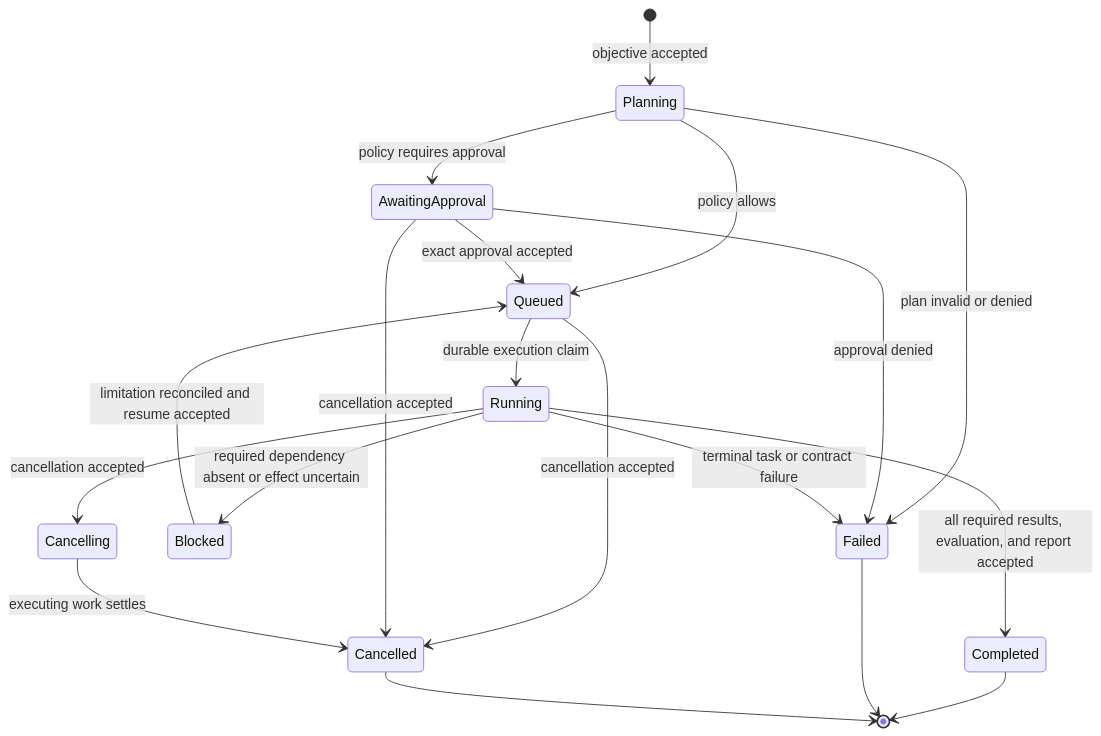
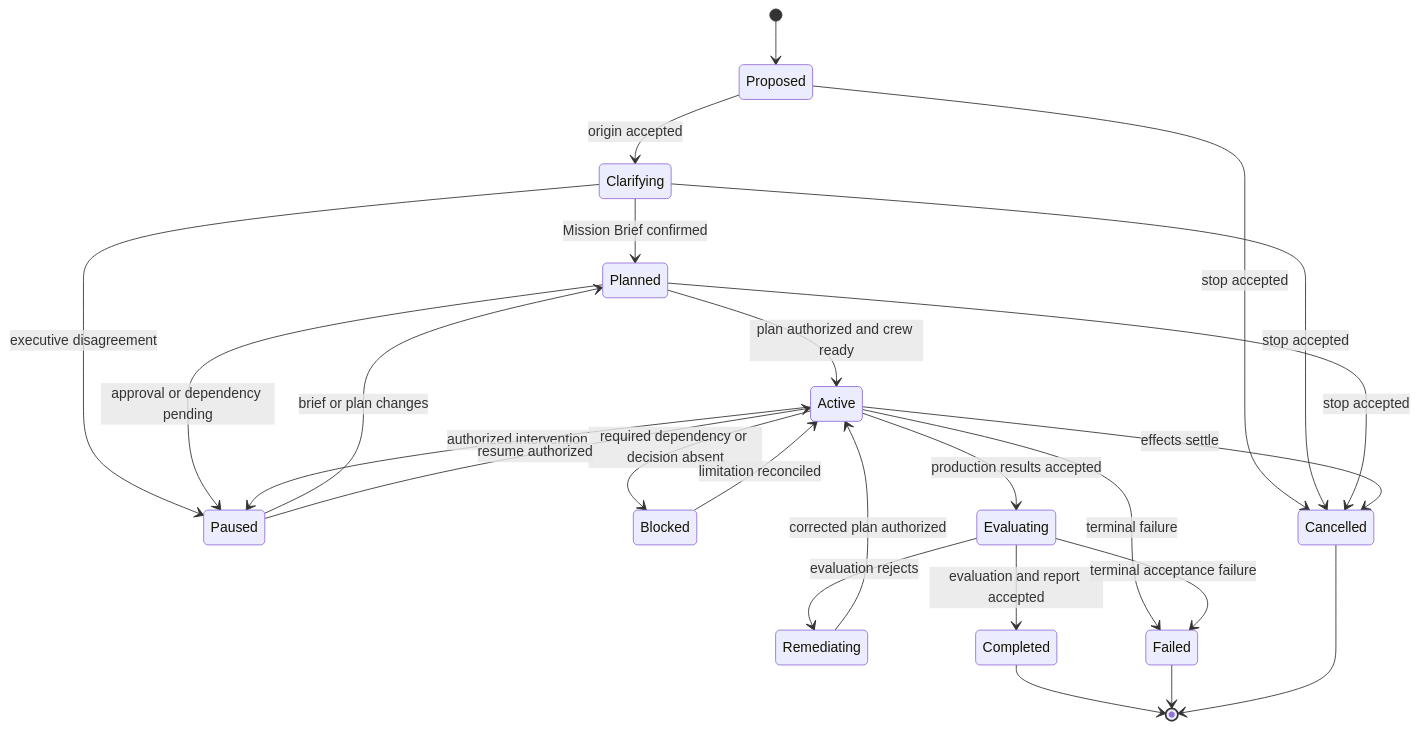
Before and after one commit to Y4NN777/mishkan: the second of 12 diagrams in docs/SYSTEM/MODEL.md, drawn with Mermaid. The commit also changed other lines of this file and 1 other file, not shown here.

Commit message:
docs(model): derive mission capability and harness behavior

````diff
--- a/docs/SYSTEM/MODEL.md
+++ b/docs/SYSTEM/MODEL.md
@@ -84,21 +59,27 @@
 ```mermaid
 stateDiagram-v2
-    [*] --> Planning: objective accepted
-    Planning --> AwaitingApproval: policy requires approval
-    Planning --> Queued: policy allows
-    Planning --> Failed: plan invalid or denied
-    AwaitingApproval --> Queued: exact approval accepted
-    AwaitingApproval --> Failed: approval denied
-    Queued --> Running: durable execution claim
-    Running --> Blocked: required dependency absent or effect uncertain
-    Blocked --> Queued: limitation reconciled and resume accepted
-    Running --> Cancelling: cancellation accepted
-    Queued --> Cancelled: cancellation accepted
-    AwaitingApproval --> Cancelled: cancellation accepted
-    Cancelling --> Cancelled: executing work settles
-    Running --> Failed: terminal task or contract failure
-    Running --> Completed: all required results, evaluation, and report accepted
+    [*] --> Proposed
+    Proposed --> Clarifying: origin accepted
+    Clarifying --> Planned: Mission Brief confirmed
+    Clarifying --> Paused: executive disagreement
+    Planned --> Active: plan authorized and crew ready
+    Planned --> Paused: approval or dependency pending
+    Active --> Blocked: required dependency or decision absent
+    Active --> Paused: authorized intervention
+    Active --> Evaluating: production results accepted
+    Evaluating --> Remediating: evaluation rejects
+    Remediating --> Active: corrected plan authorized
+    Evaluating --> Completed: evaluation and report accepted
+    Paused --> Planned: brief or plan changes
+    Paused --> Active: resume authorized
+    Blocked --> Active: limitation reconciled
+    Proposed --> Cancelled: stop accepted
+    Clarifying --> Cancelled: stop accepted
+    Planned --> Cancelled: stop accepted
+    Active --> Cancelled: effects settle
+    Active --> Failed: terminal failure
+    Evaluating --> Failed: terminal acceptance failure
     Completed --> [*]
     Failed --> [*]
     Cancelled --> [*]
 ```
````
